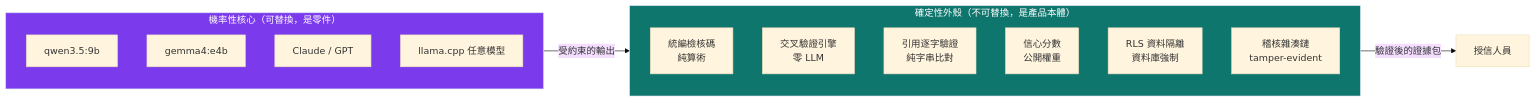
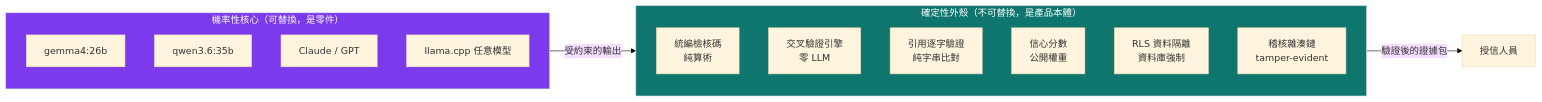
The first of 8 diagrams in docs/SDD.md (wajason/flowmind-ai), drawn with Mermaid (base theme) before and after one commit. The commit also changed other lines of this file and 3 other files, not shown here.

````diff
--- a/docs/SDD.md
+++ b/docs/SDD.md
@@ -78,21 +78,21 @@
 ```mermaid
 flowchart LR
     subgraph shell["確定性外殼（不可替換，是產品本體）"]
         A[統編檢核碼<br/>純算術]
         B[交叉驗證引擎<br/>零 LLM]
         C[引用逐字驗證<br/>純字串比對]
         D[信心分數<br/>公開權重]
         E[RLS 資料隔離<br/>資料庫強制]
         F[稽核雜湊鏈<br/>tamper-evident]
     end
     subgraph core["機率性核心（可替換，是零件）"]
-        G[qwen3.5:9b]
-        H[gemma4:e4b]
+        G[gemma4:26b]
+        H[qwen3.6:35b]
         I[Claude / GPT]
         J[llama.cpp 任意模型]
     end
     core -->|受約束的輸出| shell
     shell -->|驗證後的證據包| OUT[授信人員]
     style shell fill:#0f766e,color:#fff
     style core fill:#7c3aed,color:#fff
 ```
````
